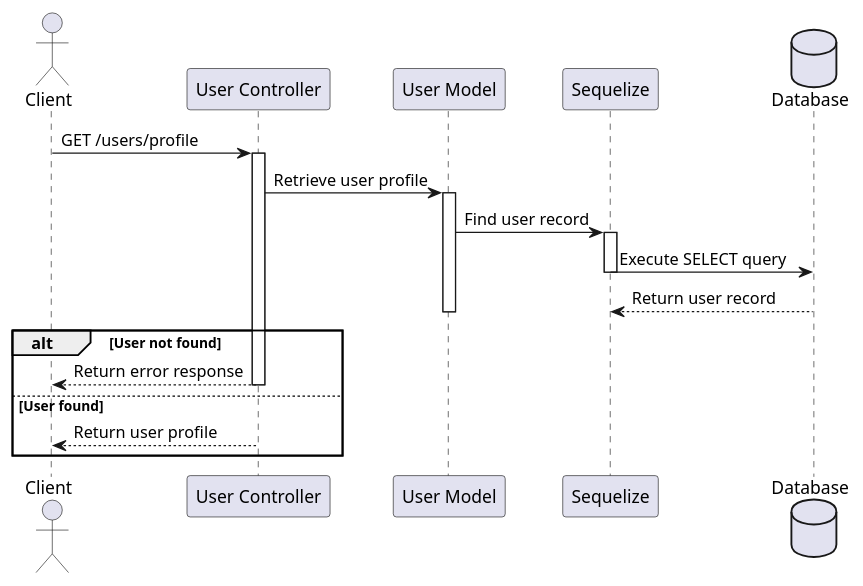
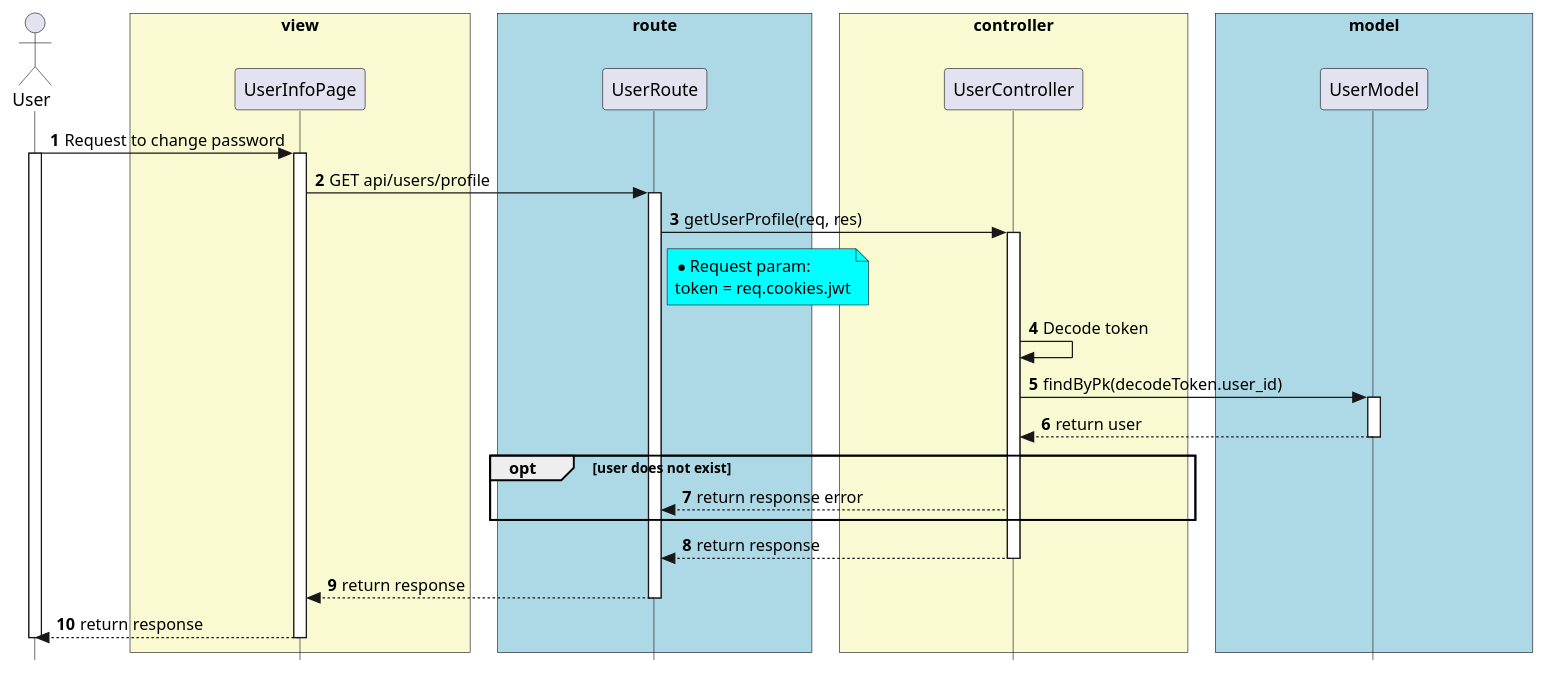
One commit to techcomrade/fmECG changed the diagram in diagram/sequence/API/users/getUserProfile .pu. Above: the diagram before and after it, drawn with PlantUML. The commit also changed other lines of this file and 8 other files, not shown here.

```diff
--- a/diagram/sequence/API/users/getUserProfile .pu
+++ b/diagram/sequence/API/users/getUserProfile .pu
@@ -1,30 +1,89 @@
 @startuml
 
-actor Client
-participant "User Controller" as Controller
-participant "User Model" as Model
-participant "Sequelize" as ORM
-database "Database" as DB
 
-Client -> Controller: GET /users/profile
-activate Controller
+skinparam style strictuml
 
-Controller -> Model: Retrieve user profile
-activate Model
-Model -> ORM: Find user record
-activate ORM
-ORM -> DB: Execute SELECT query
-deactivate ORM
-DB --> ORM: Return user record
-deactivate DB
-deactivate Model
+skinparam lifelineStrategy solid
 
-alt User not found
-  Controller --> Client: Return error response
-  deactivate Controller
-else User found
-  Controller --> Client: Return user profile
-  deactivate Controller
+skinparam ParticipantPadding 80
+
+skinparam BoxPadding 10
+
+autonumber
+
+actor User as User
+
+box "view" #LightGoldenRodYellow
+
+participant UserInfoPage as UserInfoPage
+
+end box
+
+box "route" #lightBlue
+
+participant UserRoute as UserRoute
+
+end box
+
+
+box "controller" #LightGoldenRodYellow
+participant UserController as UserController
+
+end box
+
+
+box "model" #lightBlue
+participant UserModel as UserModel
+
+end box
+
+
+User -> UserInfoPage: Request to change password
+activate User
+activate UserInfoPage
+
+UserInfoPage -> UserRoute: GET api/users/profile
+activate UserRoute
+
+
+UserRoute -> UserController: getUserProfile(req, res)
+activate UserController
+
+note right of UserRoute #Aqua
+* Request param:
+token = req.cookies.jwt
+end note
+
+
+
+UserController -> UserController: Decode token
+
+UserController -> UserModel: findByPk(decodeToken.user_id)
+
+activate  UserModel
+
+UserModel --> UserController: return user
+
+deactivate UserModel
+
+opt user does not exist
+  UserController --> UserRoute: return response error
 end
 
+
+
+UserController --> UserRoute: return response
+
+deactivate UserController
+
+UserRoute --> UserInfoPage: return response
+
+deactivate UserRoute
+
+UserInfoPage --> User: return response
+
+deactivate UserInfoPage
+deactivate User
+
+
 @enduml
```
